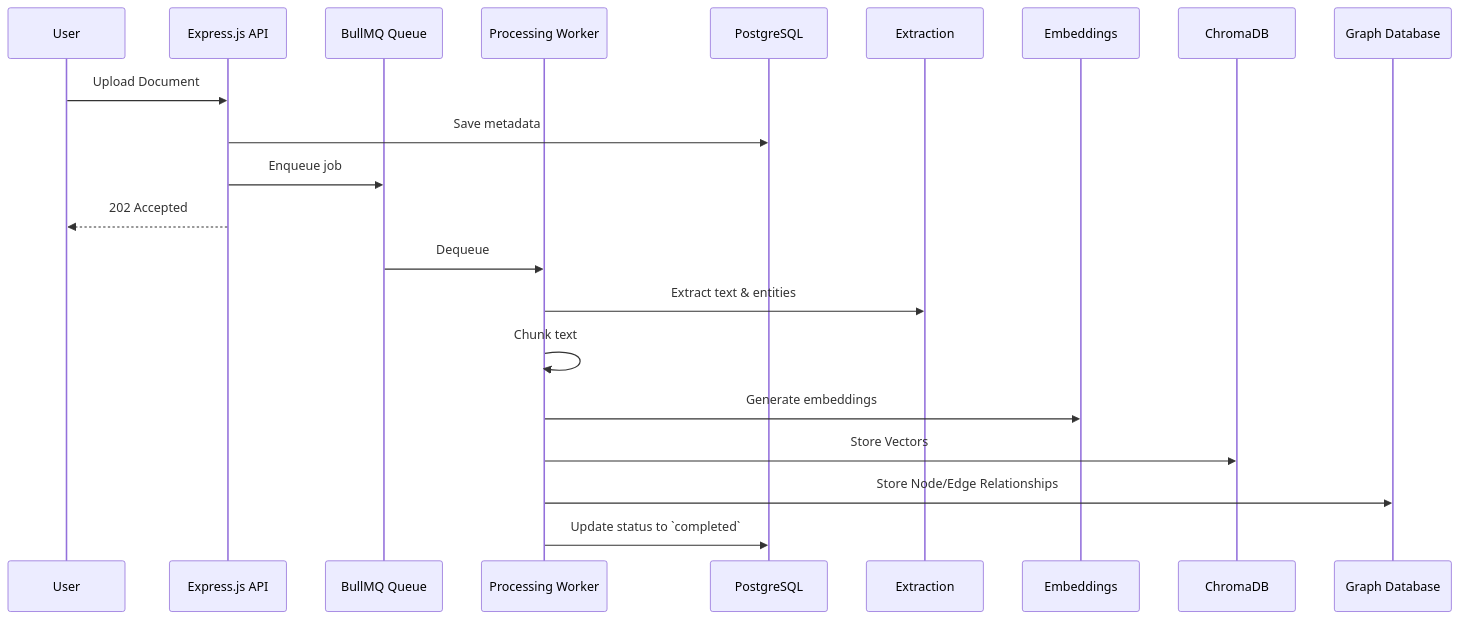
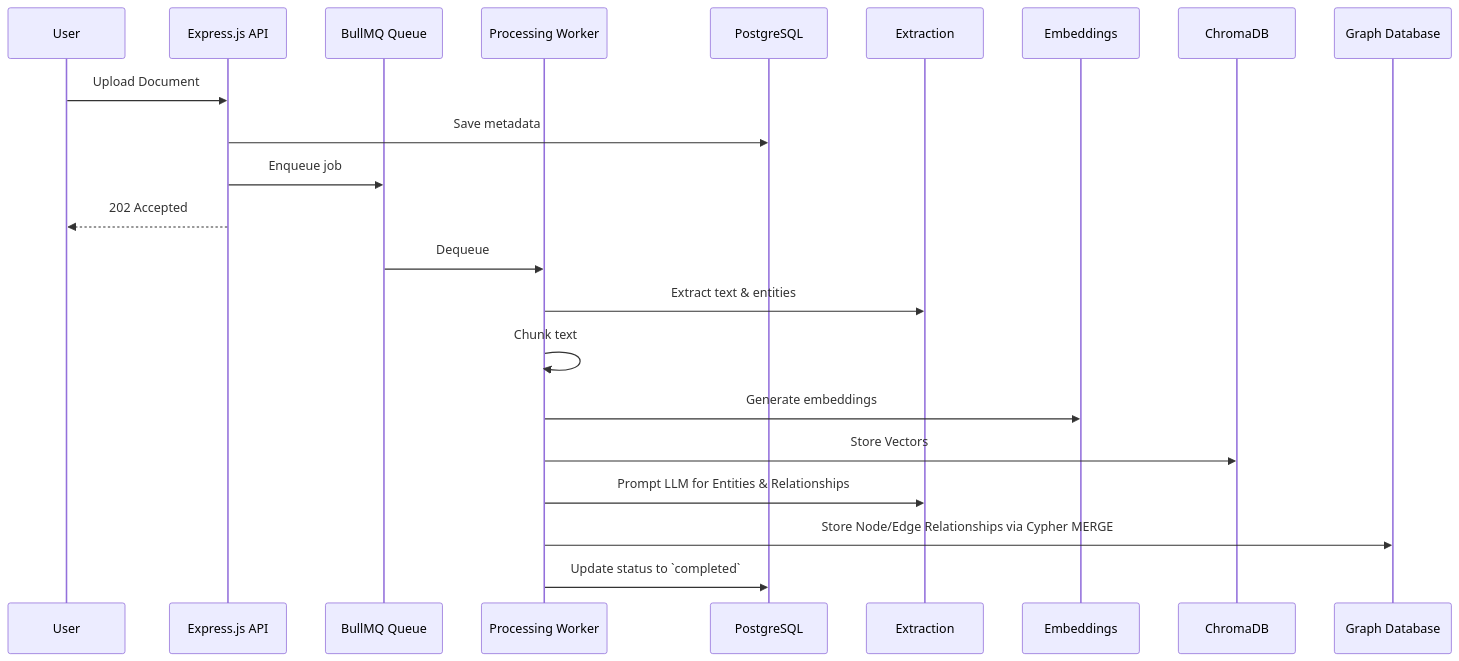
One commit to suryanshvermaa/DCBrain changed the second of 3 diagrams in .ai/AI_PIPELINES.md. Above: the diagram before and after it, drawn with Mermaid. The commit also changed 24 other files, not shown here.

````diff
--- a/.ai/AI_PIPELINES.md
+++ b/.ai/AI_PIPELINES.md
@@ -22,25 +22,26 @@
 ```mermaid
 sequenceDiagram
     participant User
     participant API as Express.js API
     participant BullMQ as BullMQ Queue
     participant Worker as Processing Worker
     participant DB as PostgreSQL
     participant Extract as Extraction
     participant Embed as Embeddings
     participant VectorDB as ChromaDB
     participant GraphDB as Graph Database
 
     User->>API: Upload Document
     API->>DB: Save metadata
     API->>BullMQ: Enqueue job
     API-->>User: 202 Accepted
 
     BullMQ->>Worker: Dequeue
     Worker->>Extract: Extract text & entities
     Worker->>Worker: Chunk text
     Worker->>Embed: Generate embeddings
     Worker->>VectorDB: Store Vectors
-    Worker->>GraphDB: Store Node/Edge Relationships
+    Worker->>Extract: Prompt LLM for Entities & Relationships
+    Worker->>GraphDB: Store Node/Edge Relationships via Cypher MERGE
     Worker->>DB: Update status to `completed`
 ```
````
